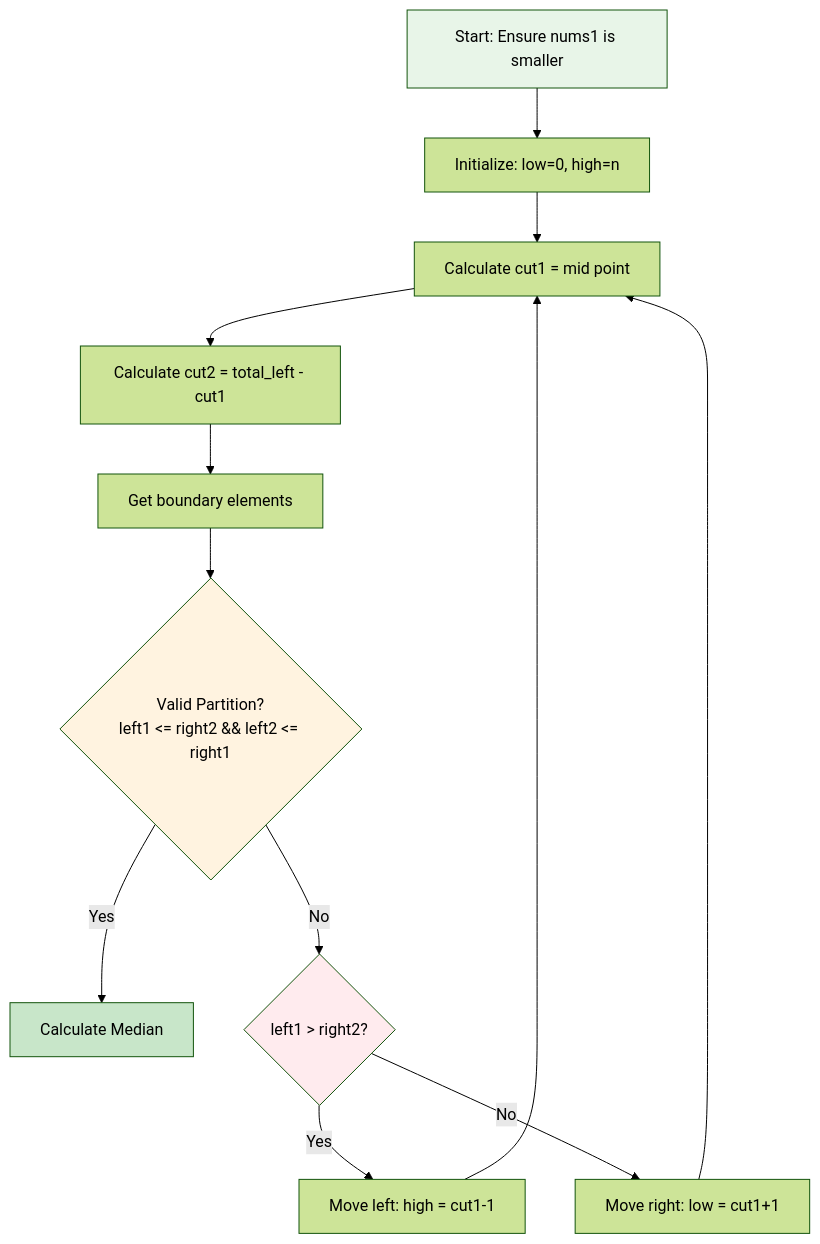
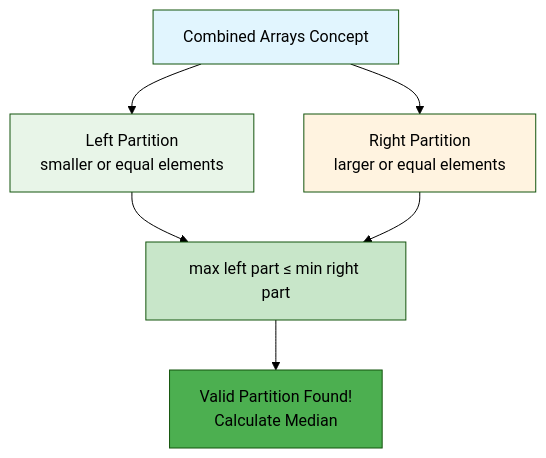
Before and after one commit to LuckyLongre123/DSA_CPP: the third of 25 diagrams in Day_043/README.md, drawn with Mermaid (forest theme). The commit also changed other lines of this file and 10 other files, not shown here.

````diff
--- a/Day_043/README.md
+++ b/Day_043/README.md
@@ -88,19 +98,16 @@
 ```mermaid
 flowchart TD
-    A[Start: Ensure nums1 is smaller] --> B[Initialize: low=0, high=n]
-    B --> C[Calculate cut1 = mid point]
-    C --> D[Calculate cut2 = total_left - cut1]
-    D --> E[Get boundary elements]
-    E --> F{Valid Partition?<br/>left1 <= right2 && left2 <= right1}
-    F -->|Yes| G[Calculate Median]
-    F -->|No| H{left1 > right2?}
-    H -->|Yes| I[Move left: high = cut1-1]
-    H -->|No| J[Move right: low = cut1+1]
-    I --> C
-    J --> C
+    A["Combined Arrays Concept"] --> B["Left Partition<br/>smaller or equal elements"]
+    A --> C["Right Partition<br/>larger or equal elements"]
     
-    style A fill:#e8f5e8
-    style F fill:#fff3e0
-    style G fill:#c8e6c9
-    style H fill:#ffebee
+    B --> D["max left part ≤ min right part"]
+    C --> D
+    
+    D --> E["Valid Partition Found!<br/>Calculate Median"]
+    
+    style A fill:#e1f5fe
+    style B fill:#e8f5e8
+    style C fill:#fff3e0
+    style D fill:#c8e6c9
+    style E fill:#4caf50
 ```
````
